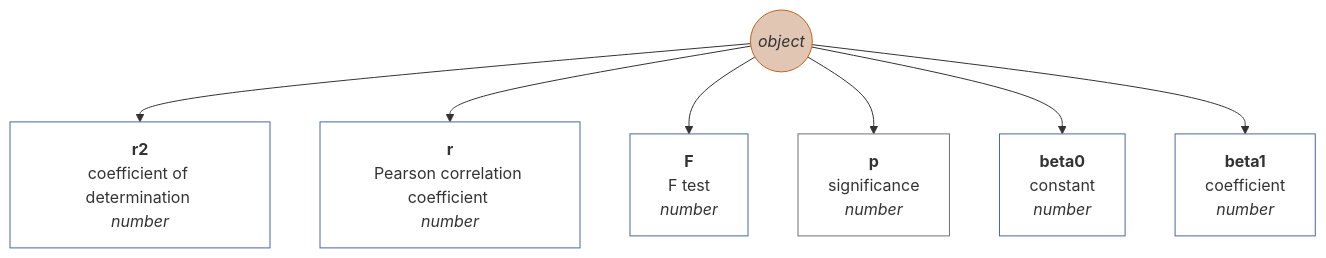
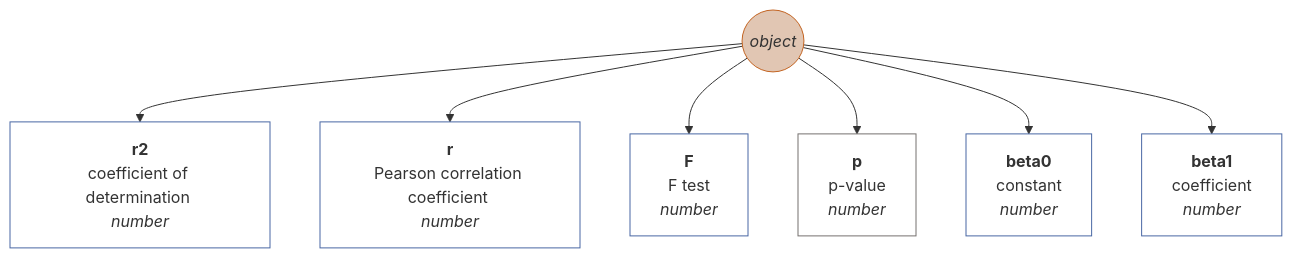
Diagram 25 of 38 in docs/en-GB.md (muzikp/retusa), drawn with Mermaid before and after one commit. The commit also changed other lines of this file and 8 other files, not shown here.

````diff
--- a/docs/en-GB.md
+++ b/docs/en-GB.md
@@ -865,25 +865,25 @@
 ```mermaid
 graph TD
 linreg((<i>object</i>))
 style linreg fill:#E1C6B3;
 style linreg stroke:#C36422;
 linreg --> r2[<b>r2</b><br>coefficient of determination <br><i>number</i>]
 style r2 fill:#FFFFFF;
 style r2 stroke:#4967A4;
 linreg --> r[<b>r</b><br>Pearson correlation coefficient <br><i>number</i>]
 style r fill:#FFFFFF;
 style r stroke:#4967A4;
 linreg --> F[<b>F</b><br>F test <br><i>number</i>]
 style F fill:#FFFFFF;
 style F stroke:#4967A4;
-linreg --> p[<b>p</b><br>significance <br><i>number</i>]
+linreg --> p[<b>p</b><br>p-value <br><i>number</i>]
 style p fill:#FFFFFF;
 style p stroke:#75716F;
 linreg --> beta0[<b>beta0</b><br>constant <br><i>number</i>]
 style beta0 fill:#FFFFFF;
 style beta0 stroke:#4967A4;
 linreg --> beta1[<b>beta1</b><br>coefficient <br><i>number</i>]
 style beta1 fill:#FFFFFF;
 style beta1 stroke:#4967A4;
 
 ```
````
